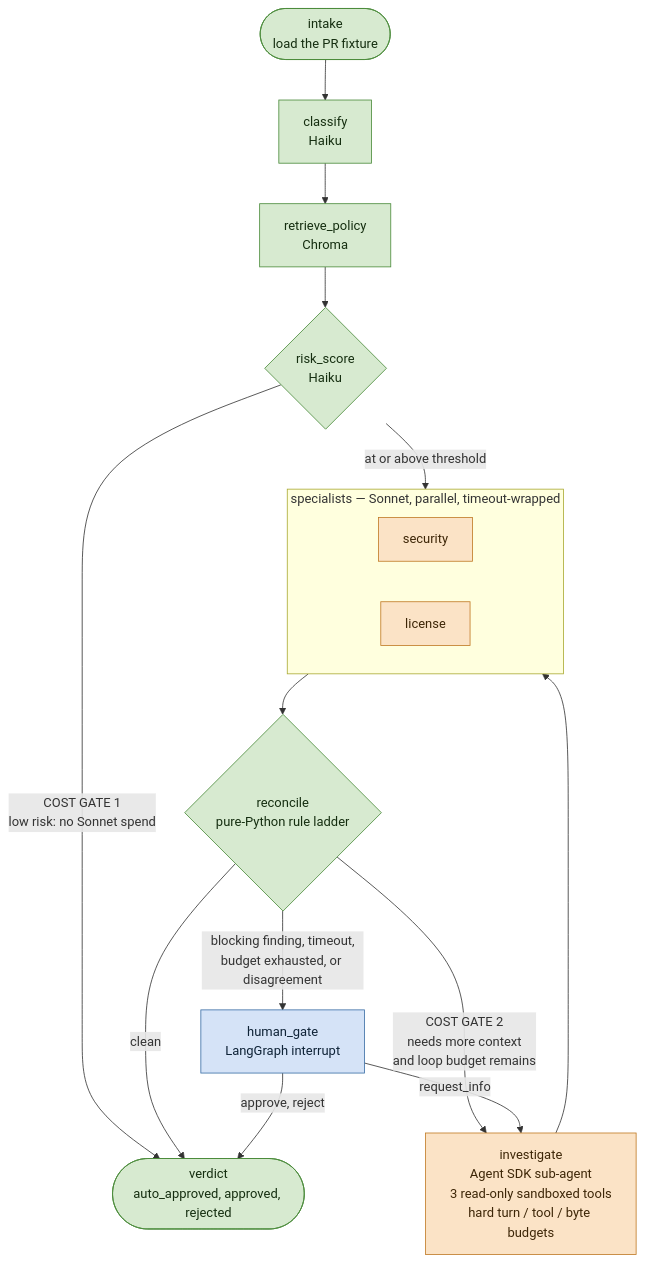
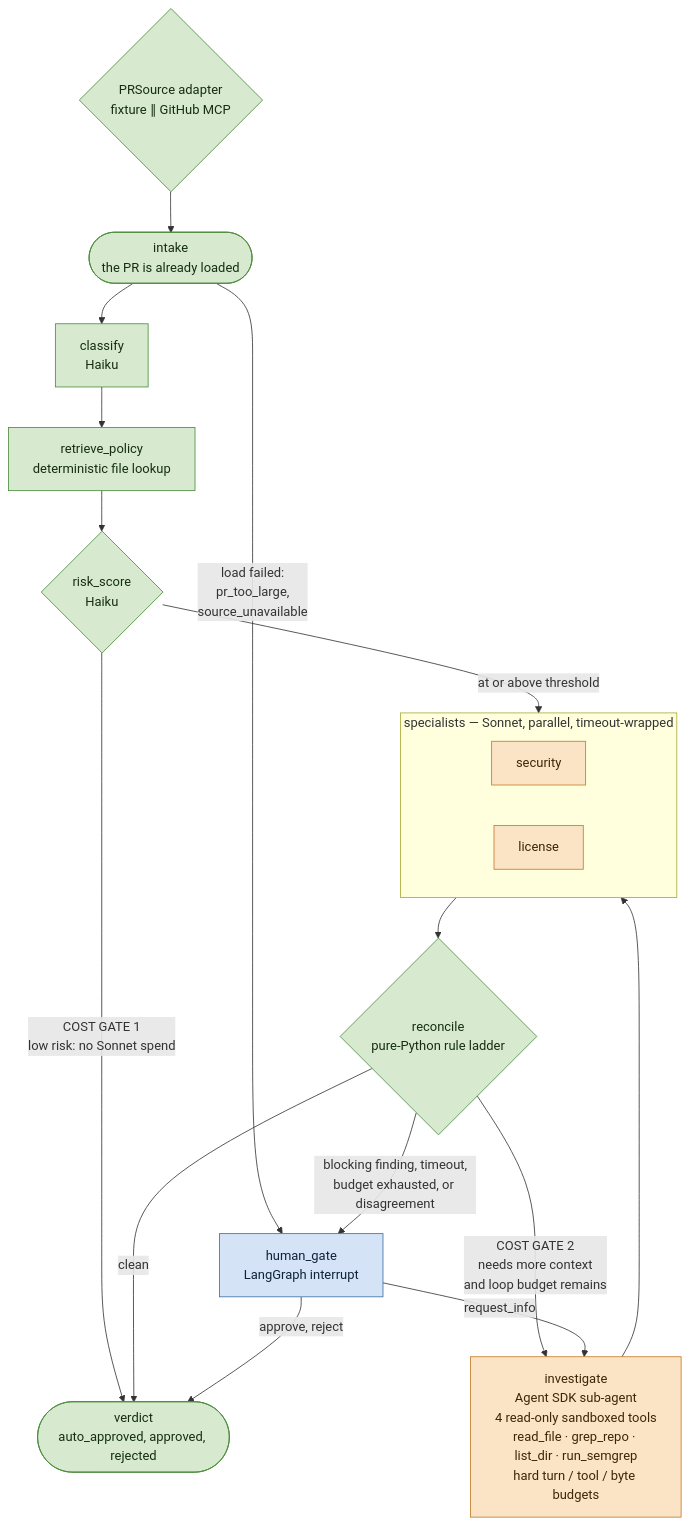
One commit to cheneeheng/pr-compliance-gate changed the diagram in README.md. Above: the diagram before and after it, drawn with Mermaid. The commit also changed other lines of this file and 33 other files, not shown here.

````diff
--- a/README.md
+++ b/README.md
@@ -53,36 +75,38 @@
 ```mermaid
 flowchart TD
-    intake(["intake<br/>load the PR fixture"]) --> classify["classify<br/>Haiku"]
-    classify --> retrieve["retrieve_policy<br/>Chroma"]
+    source{"PRSource adapter<br/>fixture ∥ GitHub MCP"} --> intake
+    intake(["intake<br/>the PR is already loaded"]) -->|"load failed:<br/>pr_too_large,<br/>source_unavailable"| human
+    intake --> classify["classify<br/>Haiku"]
+    classify --> retrieve["retrieve_policy<br/>deterministic file lookup"]
     retrieve --> risk{"risk_score<br/>Haiku"}
 
     risk -->|"COST GATE 1<br/>low risk: no Sonnet spend"| verdict
     risk -->|"at or above threshold"| specialists
 
     subgraph specialists ["specialists — Sonnet, parallel, timeout-wrapped"]
         direction LR
         security["security"]
         licensing["license"]
     end
 
     specialists --> reconcile{"reconcile<br/>pure-Python rule ladder"}
 
     reconcile -->|"COST GATE 2<br/>needs more context<br/>and loop budget remains"| investigate
     reconcile -->|"blocking finding, timeout,<br/>budget exhausted, or disagreement"| human
     reconcile -->|"clean"| verdict
 
-    investigate["investigate<br/>Agent SDK sub-agent<br/>3 read-only sandboxed tools<br/>hard turn / tool / byte budgets"] --> specialists
+    investigate["investigate<br/>Agent SDK sub-agent<br/>4 read-only sandboxed tools<br/>read_file · grep_repo · list_dir · run_semgrep<br/>hard turn / tool / byte budgets"] --> specialists
 
     human["human_gate<br/>LangGraph interrupt"] -->|"approve, reject"| verdict
     human -->|"request_info"| investigate
 
     verdict(["verdict<br/>auto_approved, approved, rejected"])
 
     classDef cheap fill:#d7ead0,stroke:#4b8b3b,color:#152e10
     classDef paid fill:#fbe3c6,stroke:#c07a25,color:#3d2607
     classDef person fill:#d5e3f7,stroke:#3a6ea5,color:#0f2337
 
-    class intake,classify,retrieve,risk,reconcile,verdict cheap
+    class source,intake,classify,retrieve,risk,reconcile,verdict cheap
     class security,licensing,investigate paid
     class human person
 ```
````
